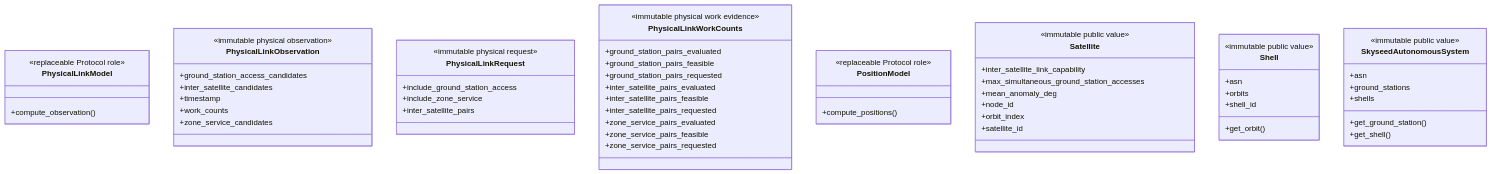
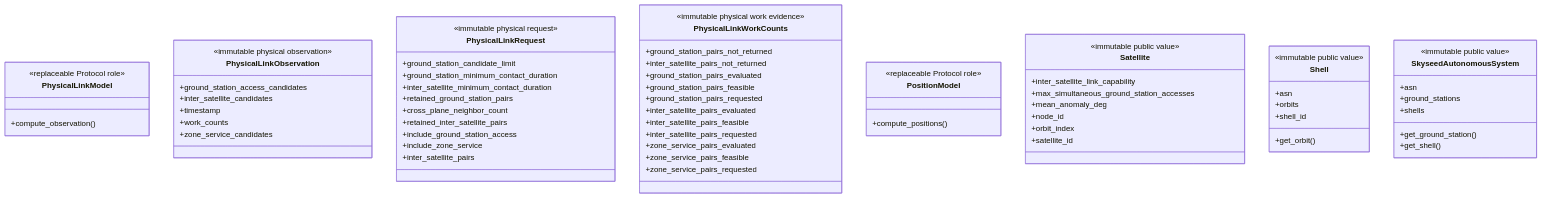
Before and after one commit to seed-labs/skyseed: the third of 4 diagrams in skyseed_v2/src/skyseed_v2/simulator/physical/README.md, drawn with Mermaid. The commit also changed other lines of this file and 178 other files, not shown here.

````diff
--- a/skyseed_v2/src/skyseed_v2/simulator/physical/README.md
+++ b/skyseed_v2/src/skyseed_v2/simulator/physical/README.md
@@ -146,61 +154,69 @@
 ```mermaid
 classDiagram
     class PhysicalLinkModel {
         <<replaceable Protocol role>>
         +compute_observation()
     }
     class PhysicalLinkObservation {
         <<immutable physical observation>>
         +ground_station_access_candidates
         +inter_satellite_candidates
         +timestamp
         +work_counts
         +zone_service_candidates
     }
     class PhysicalLinkRequest {
+        +ground_station_candidate_limit
+        +ground_station_minimum_contact_duration
+        +inter_satellite_minimum_contact_duration
+        +retained_ground_station_pairs
+        +cross_plane_neighbor_count
+        +retained_inter_satellite_pairs
         <<immutable physical request>>
         +include_ground_station_access
         +include_zone_service
         +inter_satellite_pairs
     }
     class PhysicalLinkWorkCounts {
+        +ground_station_pairs_not_returned
+        +inter_satellite_pairs_not_returned
         <<immutable physical work evidence>>
         +ground_station_pairs_evaluated
         +ground_station_pairs_feasible
         +ground_station_pairs_requested
         +inter_satellite_pairs_evaluated
         +inter_satellite_pairs_feasible
         +inter_satellite_pairs_requested
         +zone_service_pairs_evaluated
         +zone_service_pairs_feasible
         +zone_service_pairs_requested
     }
     class PositionModel {
         <<replaceable Protocol role>>
         +compute_positions()
     }
     class Satellite {
         <<immutable public value>>
         +inter_satellite_link_capability
         +max_simultaneous_ground_station_accesses
         +mean_anomaly_deg
         +node_id
         +orbit_index
         +satellite_id
     }
     class Shell {
         <<immutable public value>>
         +asn
         +get_orbit()
         +orbits
         +shell_id
     }
     class SkyseedAutonomousSystem {
         <<immutable public value>>
         +asn
         +get_ground_station()
         +get_shell()
         +ground_stations
         +shells
     }
 ```
````
